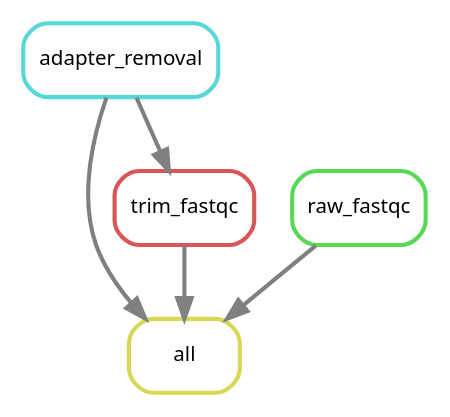
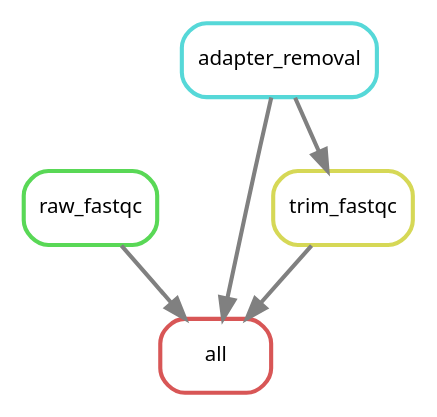
Before and after one commit to DRMCRL/ENCODE_T47D_HiC_ENCSR549MGQ: the diagram in output/rulegraph.dot, drawn with Graphviz. The commit also changed 21 other files, not shown here.

```diff
--- a/output/rulegraph.dot
+++ b/output/rulegraph.dot
@@ -1,13 +1,13 @@
 digraph snakemake_dag {
     graph[bgcolor=white, margin=0];
     node[shape=box, style=rounded, fontname=sans,                 fontsize=10, penwidth=2];
     edge[penwidth=2, color=grey];
-	0[label = "all", color = "0.17 0.6 0.85", style="rounded"];
-	1[label = "adapter_removal", color = "0.50 0.6 0.85", style="rounded"];
-	2[label = "trim_fastqc", color = "0.00 0.6 0.85", style="rounded"];
-	3[label = "raw_fastqc", color = "0.33 0.6 0.85", style="rounded"];
+	0[label = "all", color = "0.00 0.6 0.85", style="rounded"];
+	1[label = "raw_fastqc", color = "0.33 0.6 0.85", style="rounded"];
+	2[label = "trim_fastqc", color = "0.17 0.6 0.85", style="rounded"];
+	3[label = "adapter_removal", color = "0.50 0.6 0.85", style="rounded"];
 	2 -> 0
+	1 -> 0
 	3 -> 0
-	1 -> 0
-	1 -> 2
+	3 -> 2
 }            
```
